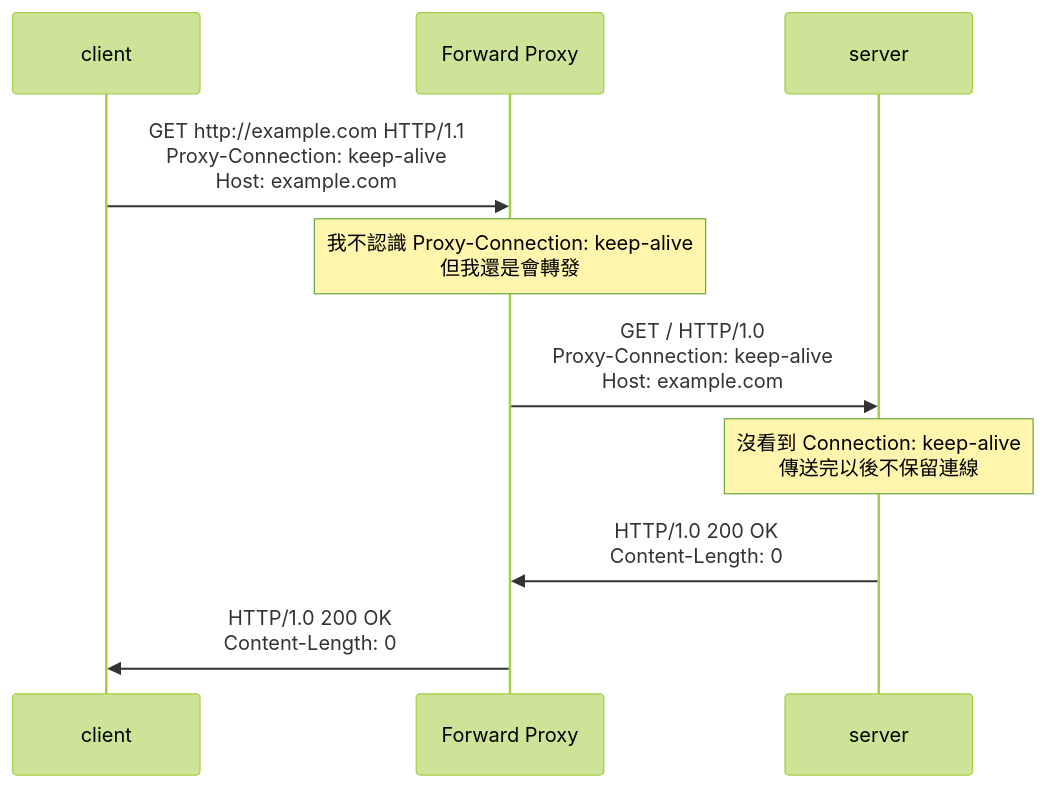
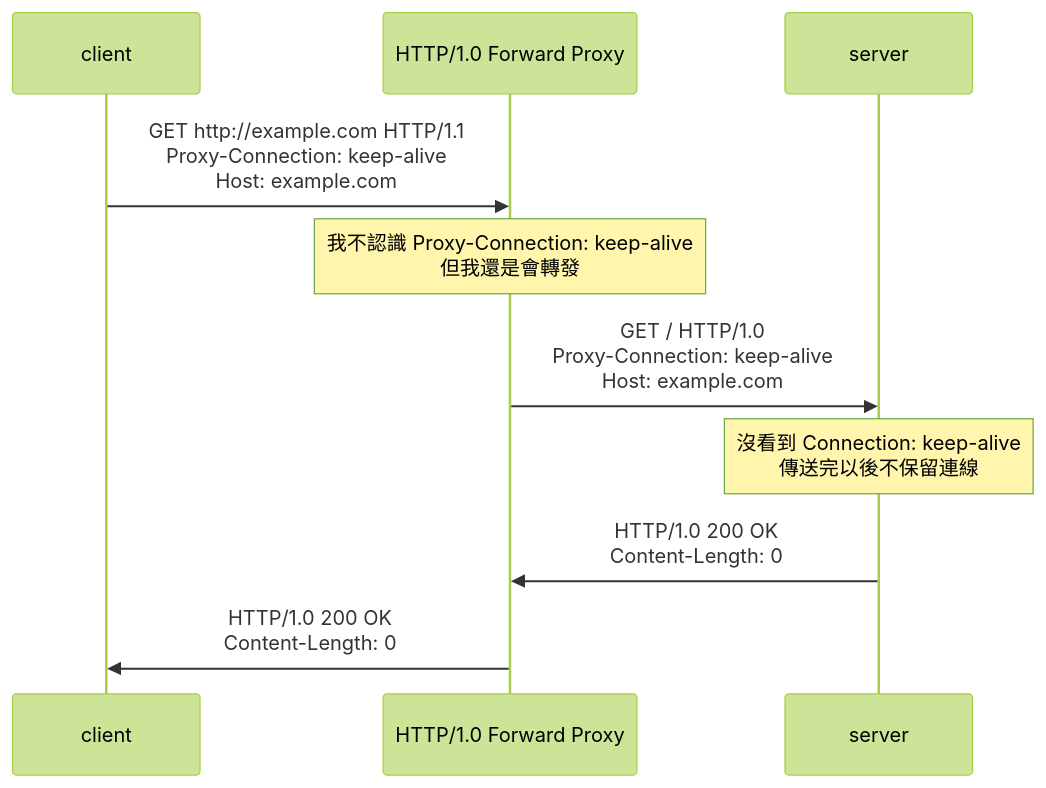
One commit to samuel871211/yusheng-tech-blog changed the seventh of 8 diagrams in docs/nodejs/http_proxy.md. Above: the diagram before and after it, drawn with Mermaid (forest theme). The commit also changed other lines of this file and 8 other files, not shown here.

Commit message:
http_proxy images

````diff
--- a/docs/nodejs/http_proxy.md
+++ b/docs/nodejs/http_proxy.md
@@ -245,13 +259,13 @@
 ```mermaid
 sequenceDiagram
   participant C as client
-  participant P as Forward Proxy
+  participant P as HTTP/1.0 Forward Proxy
   participant S as server
 
   C ->> P: GET http://example.com HTTP/1.1<br/>Proxy-Connection: keep-alive<br/>Host: example.com
   Note over P: 我不認識 Proxy-Connection: keep-alive<br/>但我還是會轉發
   P ->> S: GET / HTTP/1.0<br/>Proxy-Connection: keep-alive<br/>Host: example.com
   Note over S: 沒看到 Connection: keep-alive<br/>傳送完以後不保留連線
   S ->> P: HTTP/1.0 200 OK<br/>Content-Length: 0
   P ->> C: HTTP/1.0 200 OK<br/>Content-Length: 0
 ```
````
